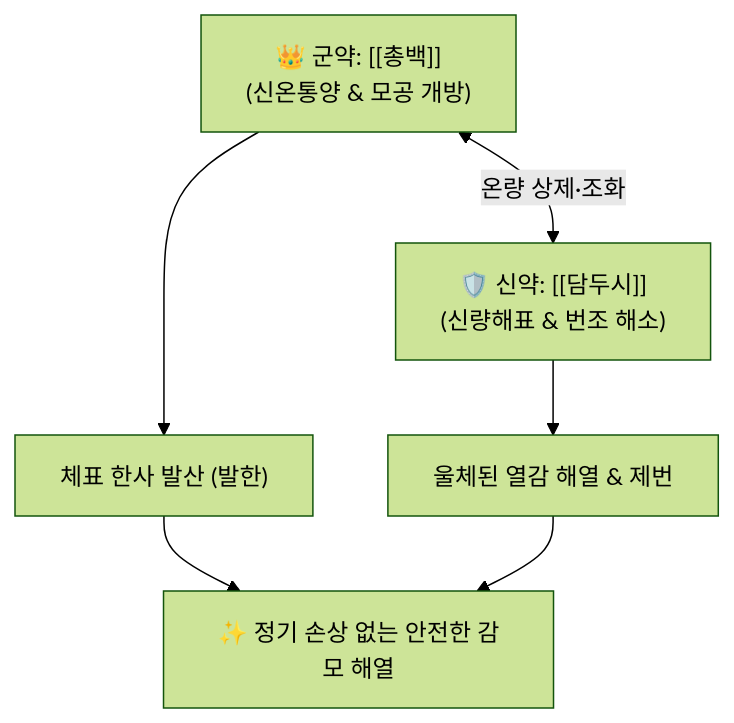
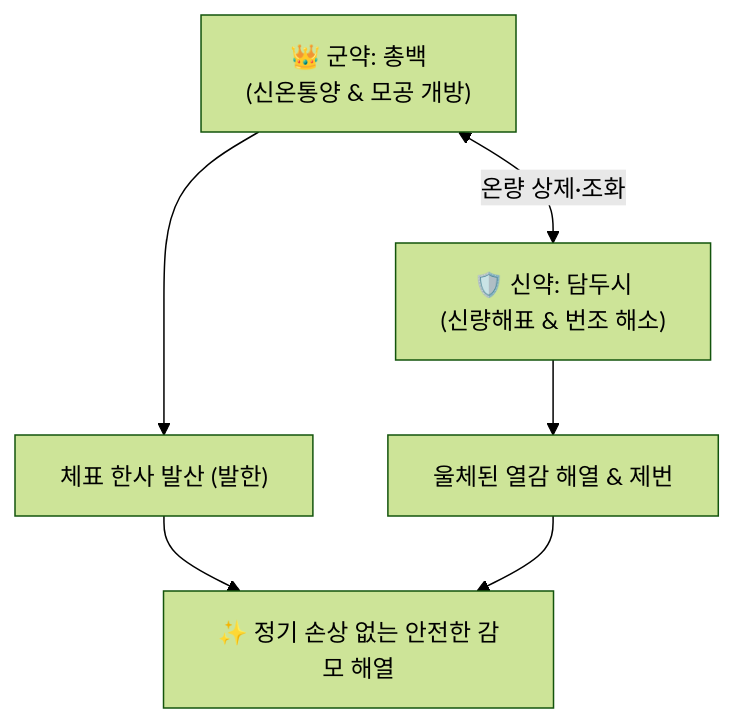
Before and after one commit to simbio11/simbio-digital-garden2: the diagram in content/2. 약리 공부/처방/01_해표제/총두탕.md, drawn with Mermaid (forest theme). The commit also changed other lines of this file and 323 other files, not shown here.

````diff
--- a/content/2. 약리 공부/처방/01_해표제/총두탕.md
+++ b/content/2. 약리 공부/처방/01_해표제/총두탕.md
@@ -41,8 +44,8 @@
 ```mermaid
 graph TD
-    CB["👑 군약: [[총백]]<br>(신온통양 & 모공 개방)"] <-->|온량 상제·조화| DC["🛡️ 신약: [[담두시]]<br>(신량해표 & 번조 해소)"]
+    CB["👑 군약: 총백<br>(신온통양 & 모공 개방)"] <-->|온량 상제·조화| DC["🛡️ 신약: 담두시<br>(신량해표 & 번조 해소)"]
     CB --> Sweat["체표 한사 발산 (발한)"]
     DC --> Cool["울체된 열감 해열 & 제번"]
     Sweat --> Result["✨ 정기 손상 없는 안전한 감모 해열"]
     Cool --> Result
 ```
````
